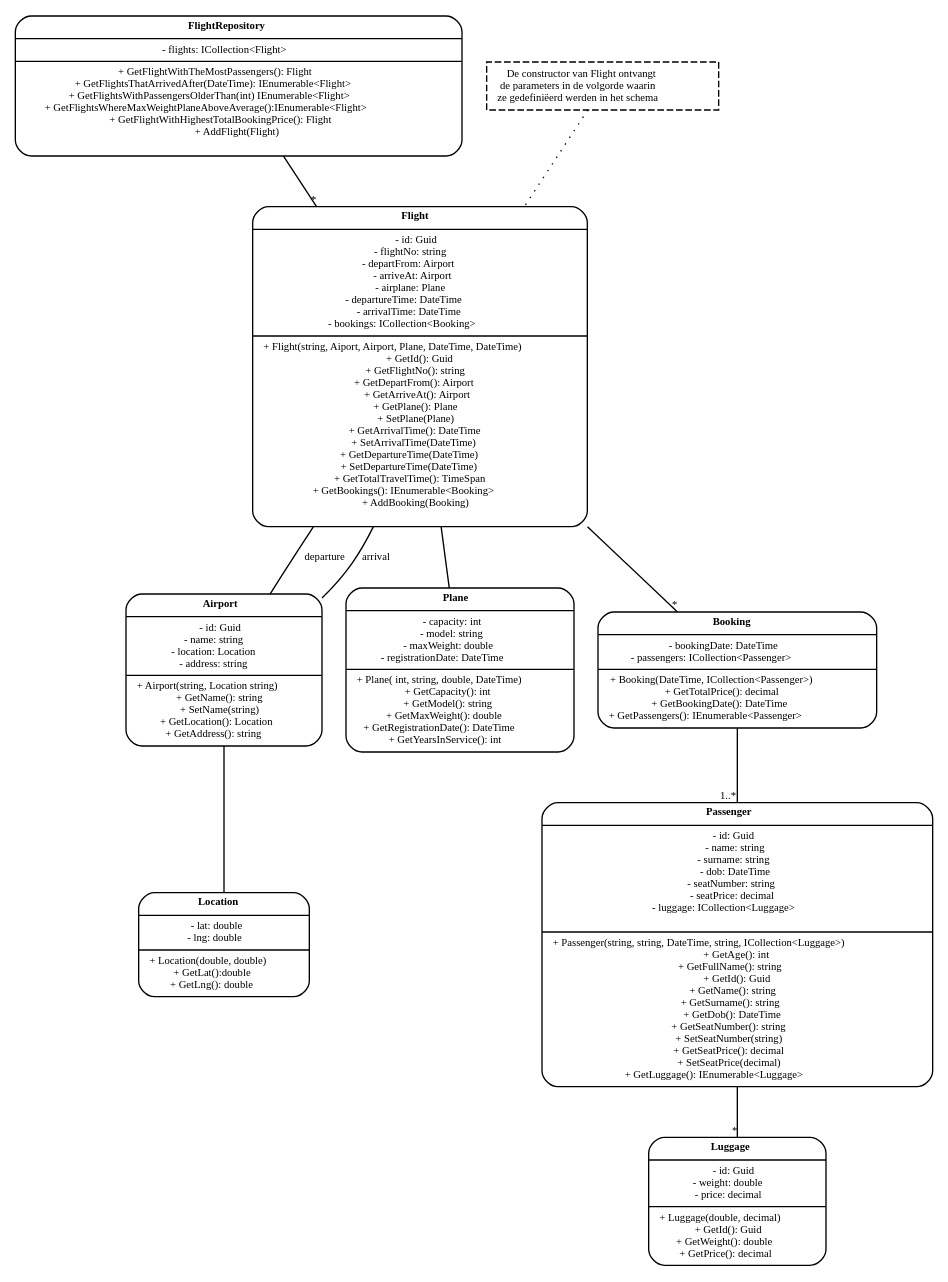
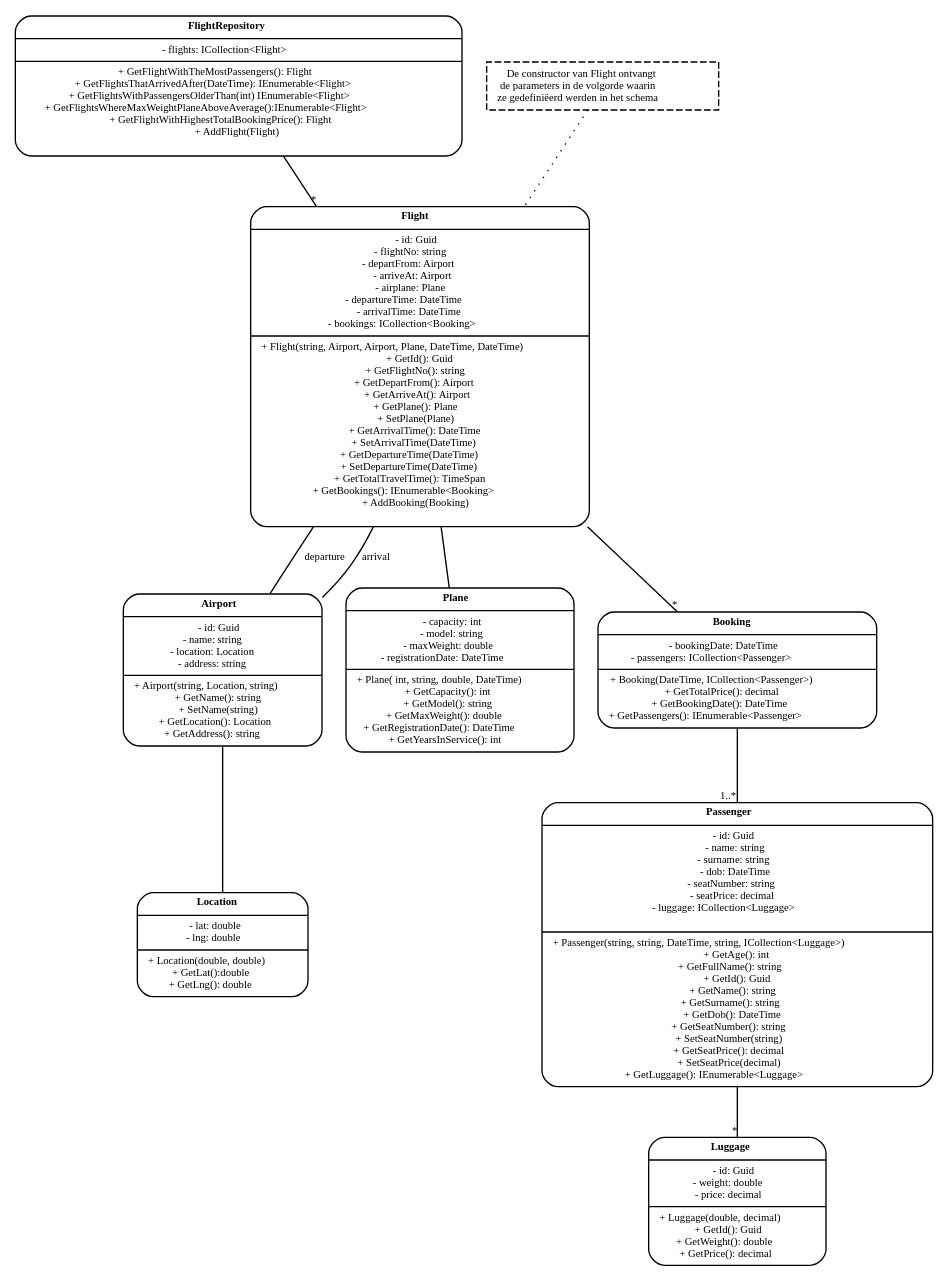
One commit to CornillieJ/DOT_TO_C- changed the diagram in dot.dot. Above: the diagram before and after it, drawn with Graphviz. The commit also changed 1 other file, not shown here.

```diff
--- a/dot.dot
+++ b/dot.dot
@@ -1,118 +1,118 @@
 digraph G {
     
     fontname = "Bitstream Vera Sans";
     fontsize = 8;
     rankdir="TB"
     
     node [fontname = "Bitstream Vera Sans"; fontsize = 8; shape = "Mrecord"];
     
     edge [fontname = "Bitstream Vera Sans"; fontsize = 8;];
    
 
     Passenger
     [label = 
     <{<B>Passenger</B> | 
         - id: Guid<br />
         - name: string<br />
         - surname: string<br />
         - dob: DateTime<br />
         - seatNumber: string<br />
         - seatPrice: decimal<br /> 
         - luggage: ICollection&lt;Luggage&gt; <br /> 
         |
         + Passenger(string, string, DateTime, string, ICollection&lt;Luggage&gt;)<br />
         + GetAge(): int<br />
         + GetFullName(): string <br />
         + GetId(): Guid<br />
         + GetName(): string<br />
         + GetSurname(): string<br />
         + GetDob(): DateTime<br />
         + GetSeatNumber(): string<br />
         + SetSeatNumber(string)<br />
         + GetSeatPrice(): decimal<br />
         + SetSeatPrice(decimal)<br />
         + GetLuggage(): IEnumerable&lt;Luggage&gt;
     }>]
    
     Airport
     [label = 
         <{<B>Airport</B> | - id: Guid<br /> - name: string<br />- location: Location<br />- address: string<br /> | 
-        + Airport(string, Location string)<br />
+        + Airport(string, Location, string)<br />
         + GetName(): string<br />
         + SetName(string)<br />
         + GetLocation(): Location<br />
         + GetAddress(): string
     }>
     ]
 
     Plane
     [label = 
     <{<B>Plane</B> | - capacity: int<br />- model: string<br />- maxWeight: double<br /> - registrationDate: DateTime<br />| + Plane( int, string, double, DateTime)<br /> + GetCapacity(): int<br /> + GetModel(): string<br /> + GetMaxWeight(): double<br /> + GetRegistrationDate(): DateTime<br /> + GetYearsInService(): int<br /> }>
     ]
 
     Luggage
     [label = 
     <{<B>Luggage</B> | - id: Guid<br />- weight: double<br />- price: decimal<br /> | + Luggage(double, decimal)<br /> + GetId(): Guid<br />+ GetWeight(): double<br />+ GetPrice(): decimal<br /> }>
     ]
 
     Location
     [label = 
     <{<B>Location</B> | - lat: double<br /> - lng: double<br /> | + Location(double, double)<br /> + GetLat():double<br /> + GetLng(): double<br /> }>
     ]
     
     Booking
     [label = 
     <{<B>Booking</B> | - bookingDate: DateTime<br /> - passengers: ICollection&lt;Passenger&gt;<br /> | + Booking(DateTime, ICollection&lt;Passenger&gt;)<br /> + GetTotalPrice(): decimal<br /> + GetBookingDate(): DateTime<br /> + GetPassengers(): IEnumerable&lt;Passenger&gt;<br />}>
     ]
 
     Flight
     [label = 
     <{<B>Flight</B> | - id: Guid<br /> - flightNo: string<br /> - departFrom: Airport<br />- arriveAt: Airport<br />- airplane: Plane<br /> - departureTime: DateTime<br />- arrivalTime: DateTime<br />- bookings: ICollection&lt;Booking&gt;<br /> | 
-        + Flight(string, Aiport, Airport, Plane, DateTime, DateTime)<br />
+        + Flight(string, Airport, Airport, Plane, DateTime, DateTime)<br />
         + GetId(): Guid<br />
         + GetFlightNo(): string<br />
         + GetDepartFrom(): Airport<br />
         + GetArriveAt(): Airport<br />
         + GetPlane(): Plane<br />
         + SetPlane(Plane)<br /> 
         + GetArrivalTime(): DateTime<br />
         + SetArrivalTime(DateTime)<br />
         + GetDepartureTime(DateTime)<br />
         + SetDepartureTime(DateTime)<br />
         + GetTotalTravelTime(): TimeSpan<br />
         + GetBookings(): IEnumerable&lt;Booking&gt;<br />
         + AddBooking(Booking)<br />
     }>
     ]
     
     FlightRepository
     [label = 
     <{<B>FlightRepository</B> | - flights: ICollection&lt;Flight&gt;<br /> | 
         + GetFlightWithTheMostPassengers(): Flight<br />
         + GetFlightsThatArrivedAfter(DateTime): IEnumerable&lt;Flight&gt;<br />
         + GetFlightsWithPassengersOlderThan(int) IEnumerable&lt;Flight&gt;<br />
         + GetFlightsWhereMaxWeightPlaneAboveAverage():IEnumerable&lt;Flight&gt;<br />
         + GetFlightWithHighestTotalBookingPrice(): Flight <br />
         + AddFlight(Flight)<br />
     }>
     ]
     
     Flight->Airport[dir=none label="departure"]
     Flight->Airport[dir=none label="arrival"]
     Flight->Plane[dir=none]
     Flight->Booking[dir=none headlabel="*"]
     Airport->Location[dir=none]
 
     Booking->Passenger[dir=none headlabel="1..*"]
     Passenger->Luggage[dir=none headlabel="*"]
     
     FlightRepository -> Flight[dir=none headlabel="*"]
 
     node [fontname = "Bitstream Vera Sans"; fontsize = 8; shape = "record" style=dashed];
     FlightNote
     [label = 
     <{ De constructor van Flight ontvangt <br/>de parameters in de volgorde waarin <br/>ze gedefiniëerd werden in het schema }>
     ]
     
     FlightNote->Flight[dir=none style=dotted]
 }
```
